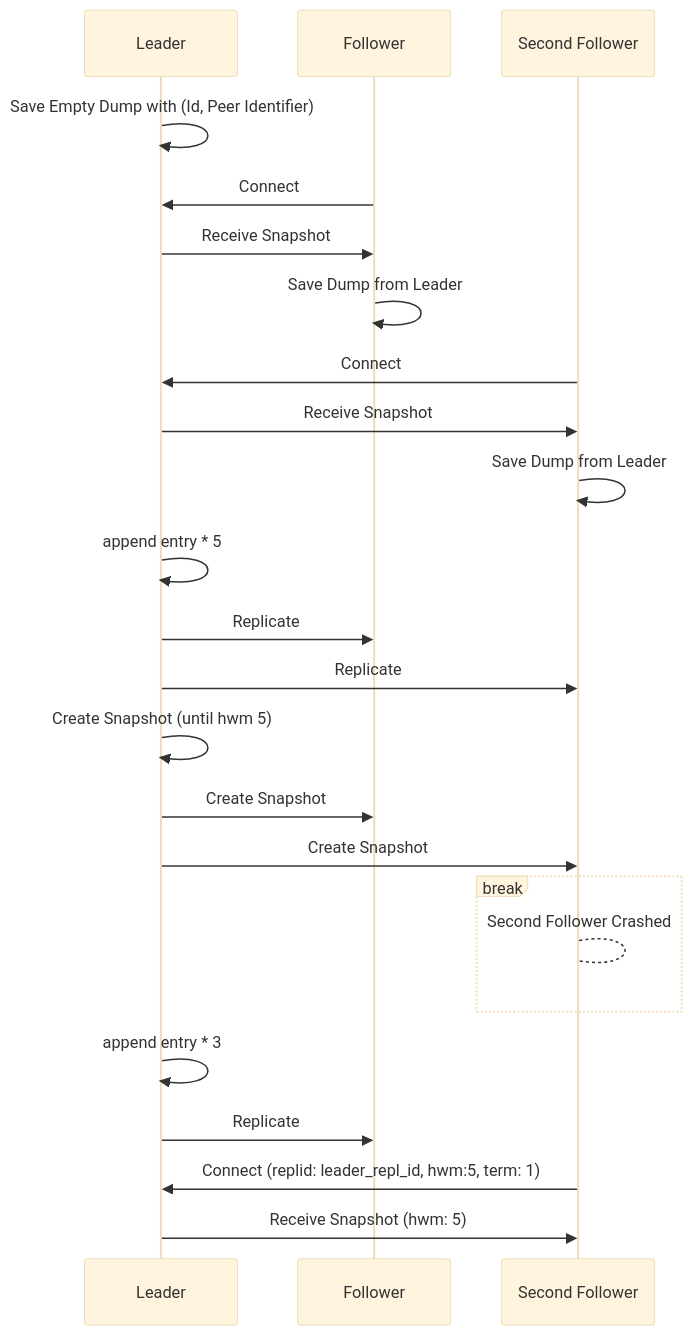
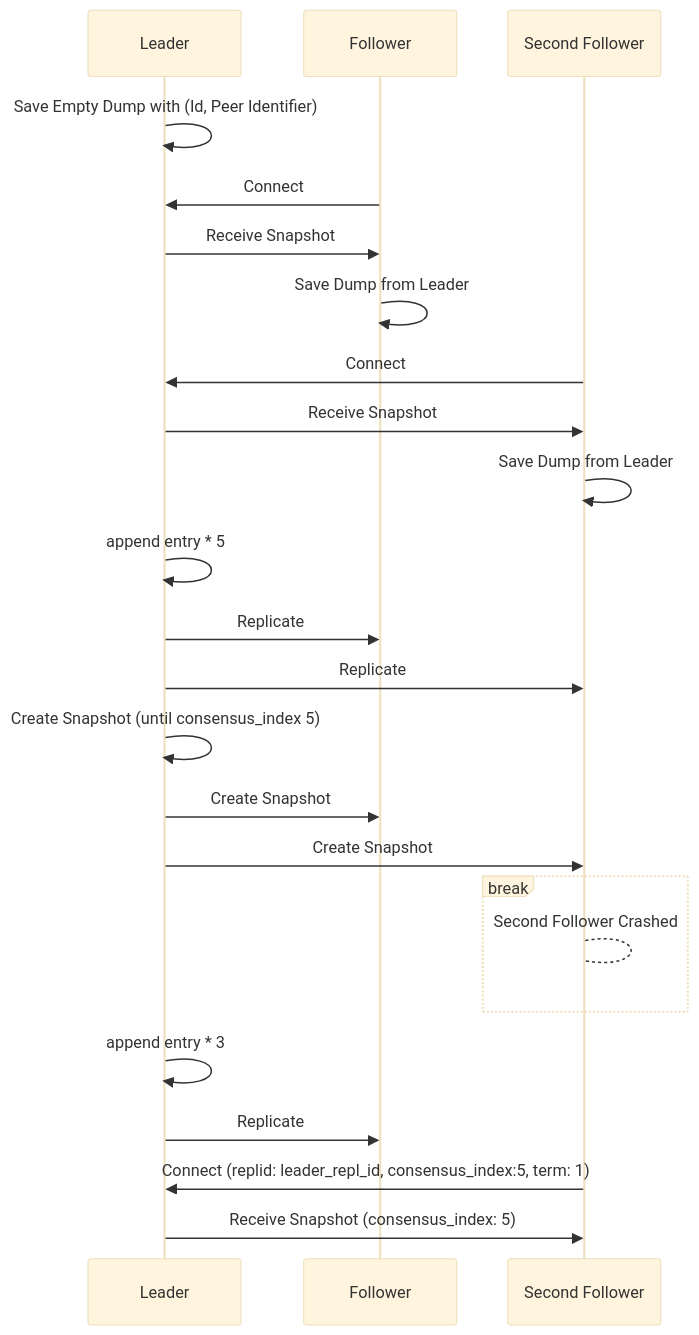
Before and after one commit to Migorithm/duva: the second of 6 diagrams in README.md, drawn with Mermaid (base theme). The commit also changed other lines of this file and 26 other files, not shown here.

Commit message:
chore: rename hwm to consensus index

````diff
--- a/README.md
+++ b/README.md
@@ -167,30 +167,30 @@
 ```mermaid
 sequenceDiagram
     participant L as Leader
     participant F as Follower
     participant SF as Second Follower
     L ->> L: Save Empty Dump with (Id, Peer Identifier)
     F ->> L: Connect
     L ->> F: Receive Snapshot
     F ->> F: Save Dump from Leader
     SF ->> L: Connect
     L ->> SF: Receive Snapshot
     SF ->> SF: Save Dump from Leader
     L ->> L: append entry * 5
     L ->> F: Replicate
     L ->> SF: Replicate
     
-    L ->> L: Create Snapshot (until hwm 5)
+    L ->> L: Create Snapshot (until consensus_index 5)
     L ->> F: Create Snapshot 
     L ->> SF : Create Snapshot
 
     break
         SF --> SF: Second Follower Crashed
     end
 
     L ->> L: append entry * 3
     L ->> F: Replicate
 
-    SF ->> L: Connect (replid: leader_repl_id, hwm:5, term: 1)
-    L ->> SF: Receive Snapshot (hwm: 5)
+    SF ->> L: Connect (replid: leader_repl_id, consensus_index:5, term: 1)
+    L ->> SF: Receive Snapshot (consensus_index: 5)
 ```
````
